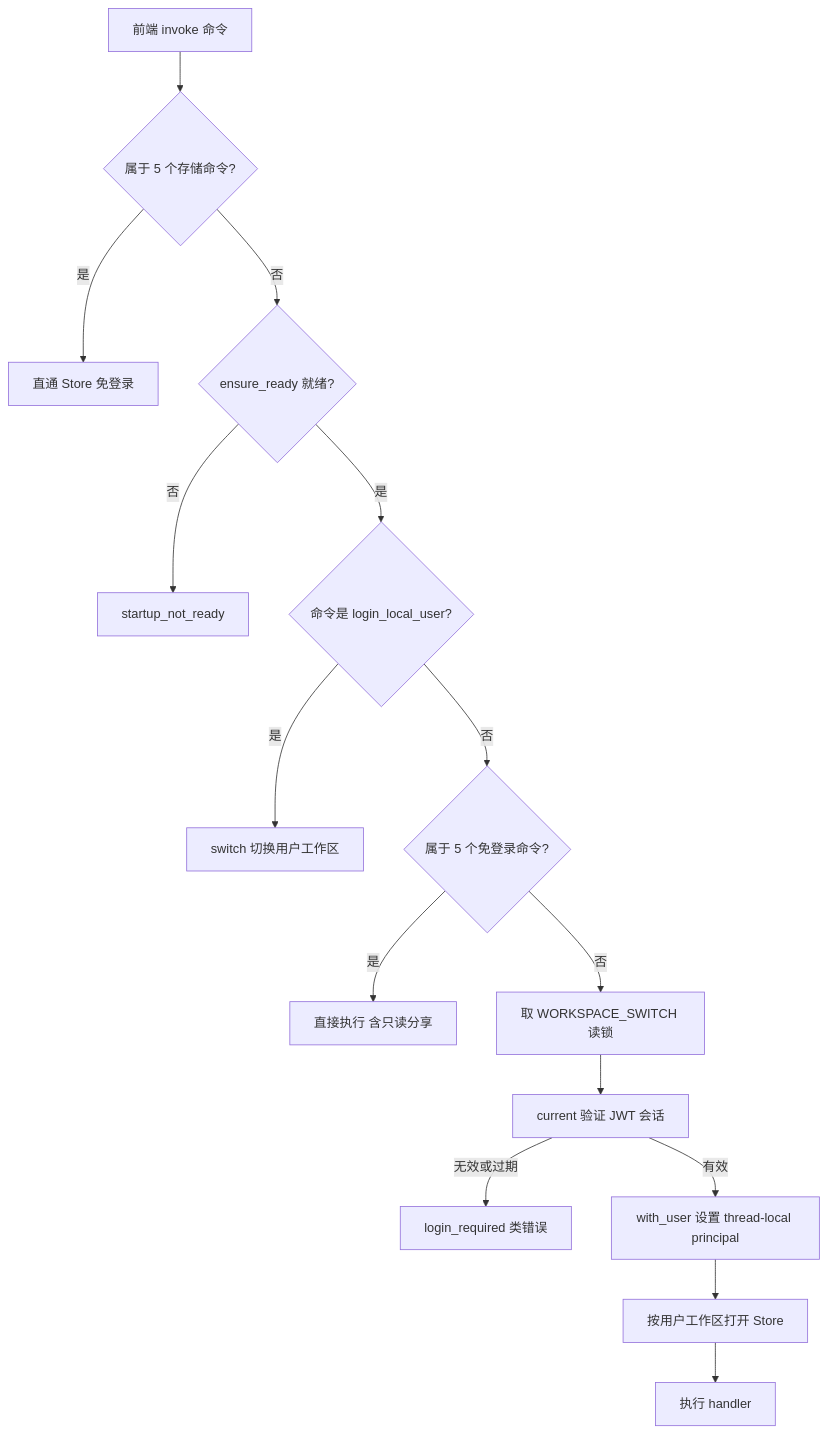
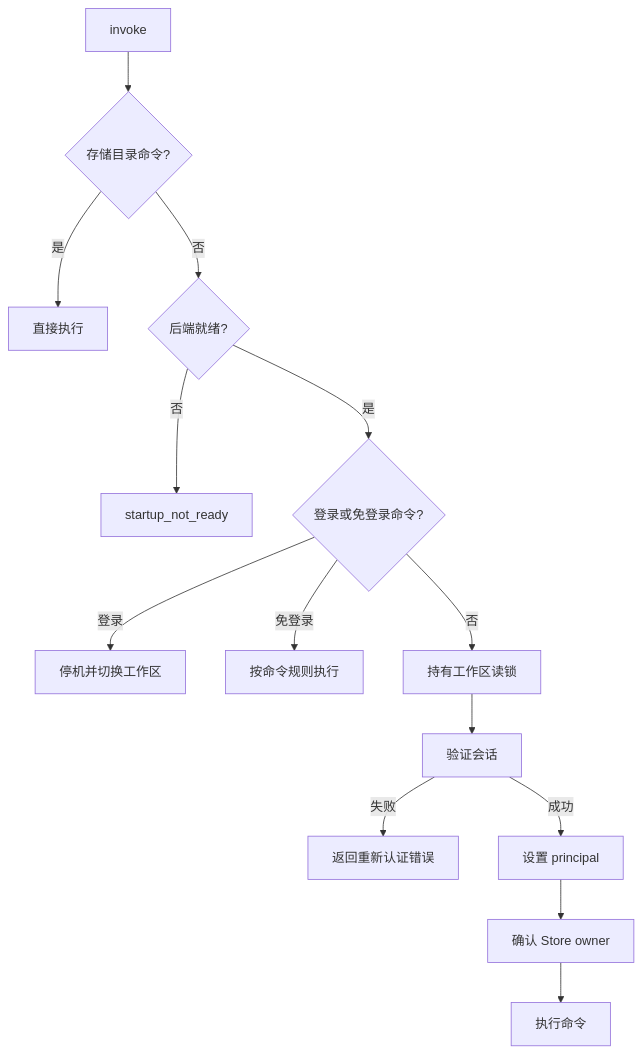
Before and after one commit to hershate/Deep-tutor: the third of 5 diagrams in docs/architecture/01-architecture.md, drawn with Mermaid. The commit also changed other lines of this file and 5 other files, not shown here.

````diff
--- a/docs/architecture/01-architecture.md
+++ b/docs/architecture/01-architecture.md
@@ -143,17 +126,16 @@
 ```mermaid
 flowchart TD
-    A[前端 invoke 命令] --> B{属于 5 个存储命令?}
-    B -->|是| C[直通 Store 免登录]
-    B -->|否| D{ensure_ready 就绪?}
+    A[invoke] --> B{存储目录命令?}
+    B -->|是| C[直接执行]
+    B -->|否| D{后端就绪?}
     D -->|否| E[startup_not_ready]
-    D -->|是| F{命令是 login_local_user?}
-    F -->|是| G[switch 切换用户工作区]
-    F -->|否| H{属于 5 个免登录命令?}
-    H -->|是| I[直接执行 含只读分享]
-    H -->|否| J[取 WORKSPACE_SWITCH 读锁]
-    J --> K[current 验证 JWT 会话]
-    K -->|无效或过期| L[login_required 类错误]
-    K -->|有效| M[with_user 设置 thread-local principal]
-    M --> N[按用户工作区打开 Store]
-    N --> O[执行 handler]
+    D -->|是| F{登录或免登录命令?}
+    F -->|登录| G[停机并切换工作区]
+    F -->|免登录| H[按命令规则执行]
+    F -->|否| I[持有工作区读锁]
+    I --> J[验证会话]
+    J -->|失败| K[返回重新认证错误]
+    J -->|成功| L[设置 principal]
+    L --> M[确认 Store owner]
+    M --> N[执行命令]
 ```
````
